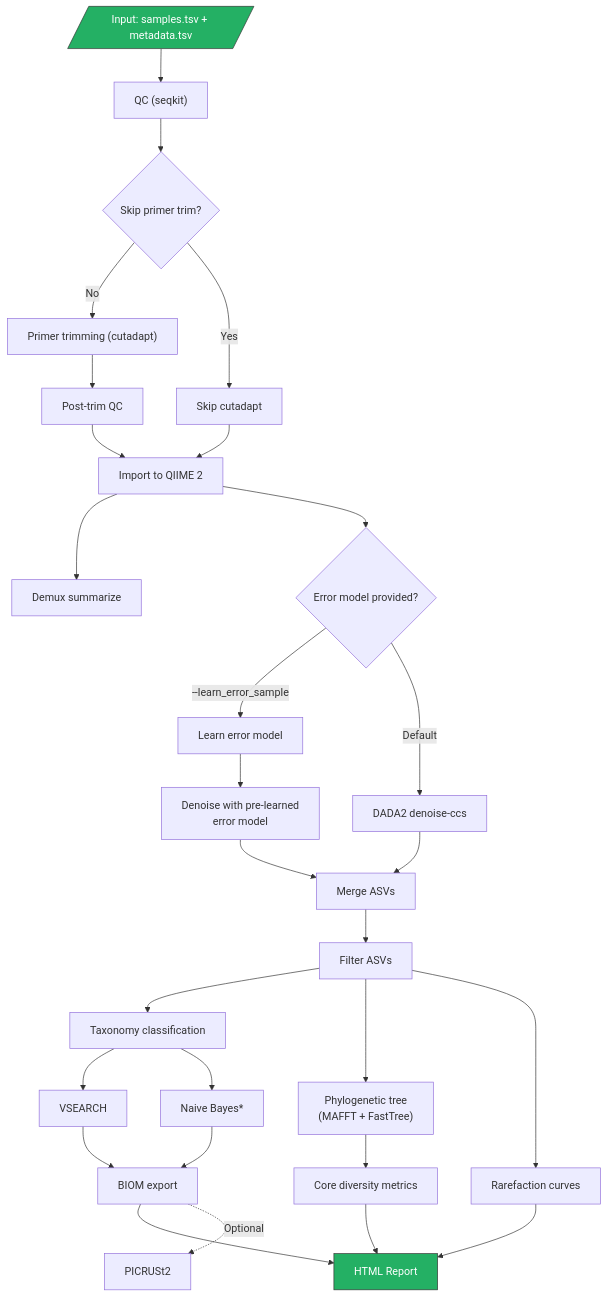
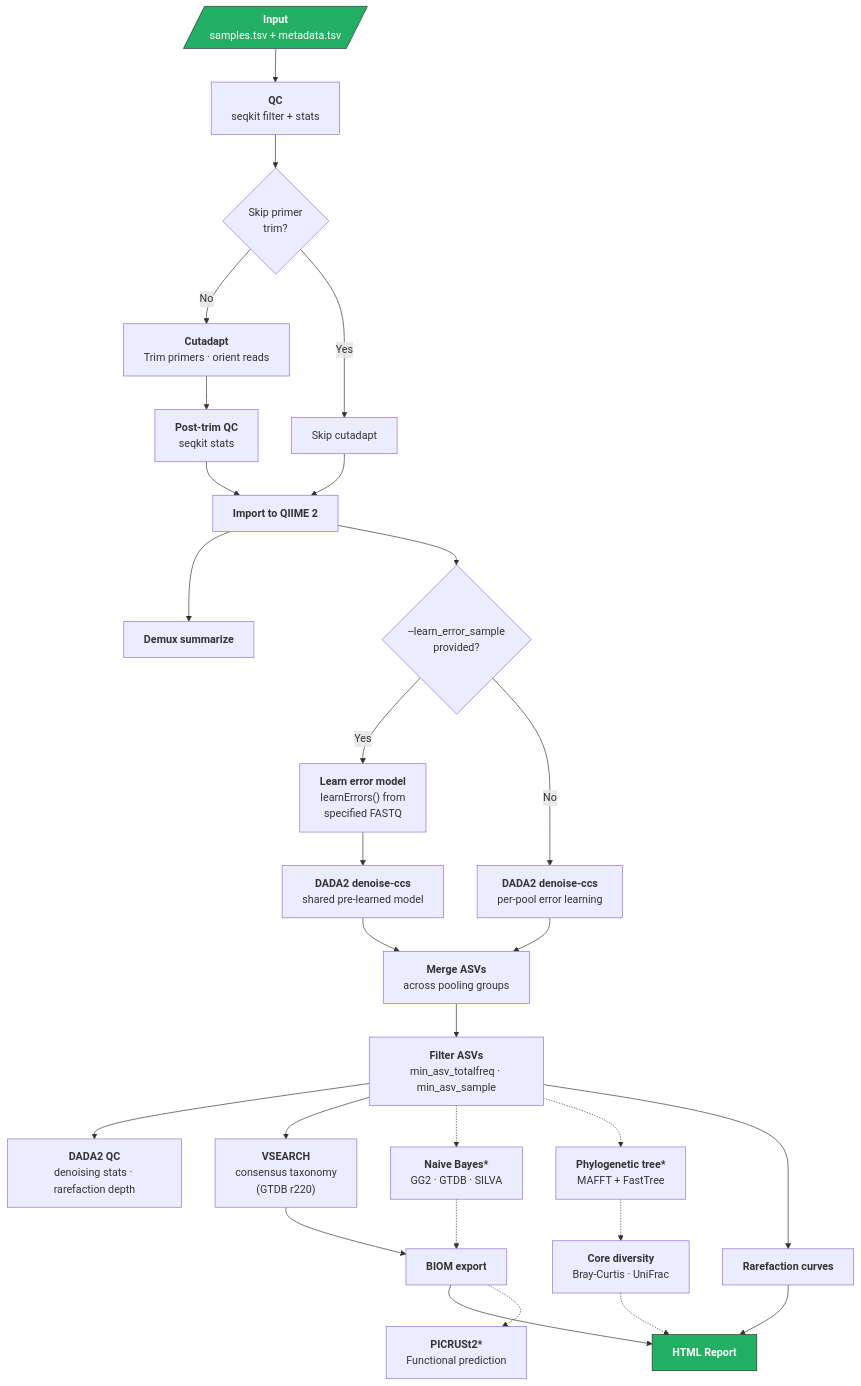
The diagram in README.md (UA-CALES-SPLS-AGI/HiFi-16S-workflow), drawn with Mermaid before and after one commit. The commit also changed other lines of this file, not shown here.

````diff
--- a/README.md
+++ b/README.md
@@ -24,42 +24,44 @@
 ```mermaid
-flowchart TD
-    A[/"Input: samples.tsv + metadata.tsv"/]:::input --> B["QC (seqkit)"]
-    B --> C{Skip primer trim?}
-    C -->|No| D["Primer trimming (cutadapt)"]
+graph TD
+    A[/"<b>Input</b><br/>samples.tsv + metadata.tsv"/]:::input --> B["<b>QC</b><br/>seqkit filter + stats"]
+
+    B --> C{"Skip primer<br/>trim?"}
+    C -->|No| D["<b>Cutadapt</b><br/>Trim primers · orient reads"]
     C -->|Yes| E["Skip cutadapt"]
-    D --> F["Post-trim QC"]
-    F --> G["Import to QIIME 2"]
+    D --> F["<b>Post-trim QC</b><br/>seqkit stats"]
+    F --> G["<b>Import to QIIME 2</b>"]
     E --> G
 
-    G --> H["Demux summarize"]
-    G --> I{Error model provided?}
+    G --> H["<b>Demux summarize</b>"]
 
-    I -->|"--learn_error_sample"| J["Learn error model"]
-    J --> K["Denoise with pre-learned\nerror model"]
-    I -->|Default| L["DADA2 denoise-ccs"]
+    G --> I{"--learn_error_sample<br/>provided?"}
+    I -->|Yes| J["<b>Learn error model</b><br/>learnErrors() from<br/>specified FASTQ"]
+    J --> K["<b>DADA2 denoise-ccs</b><br/>shared pre-learned model"]
+    I -->|No| L["<b>DADA2 denoise-ccs</b><br/>per-pool error learning"]
 
-    K --> Q["Merge ASVs"]
-    L --> Q
-    Q --> R["Filter ASVs"]
+    K --> M["<b>Merge ASVs</b><br/>across pooling groups"]
+    L --> M
 
-    R --> S["Taxonomy classification"]
-    S --> S1["VSEARCH"]
-    S --> S2["Naive Bayes*"]
+    M --> N["<b>Filter ASVs</b><br/>min_asv_totalfreq · min_asv_sample"]
+    N --> O["<b>DADA2 QC</b><br/>denoising stats · rarefaction depth"]
 
-    R --> T["Phylogenetic tree\n(MAFFT + FastTree)"]
-    T --> U["Core diversity metrics"]
+    N --> P["<b>VSEARCH</b><br/>consensus taxonomy<br/>(GTDB r220)"]
+    N -.-> Q["<b>Naive Bayes*</b><br/>GG2 · GTDB · SILVA"]
 
-    R --> V["Rarefaction curves"]
+    N -.-> R["<b>Phylogenetic tree*</b><br/>MAFFT + FastTree"]
+    R -.-> S["<b>Core diversity</b><br/>Bray-Curtis · UniFrac"]
 
-    S1 --> W["BIOM export"]
-    S2 --> W
+    N --> T["<b>Rarefaction curves</b>"]
 
-    W --> X["HTML Report"]:::output
-    U --> X
-    V --> X
+    P --> U["<b>BIOM export</b>"]
+    Q -.-> U
 
-    W -.->|Optional| Y["PICRUSt2"]
+    U --> V["<b>HTML Report</b>"]:::output
+    S -.-> V
+    T --> V
+
+    U -.-> W["<b>PICRUSt2*</b><br/>Functional prediction"]
 
     classDef input fill:#24B064,stroke:#333,color:#fff
     classDef output fill:#24B064,stroke:#333,color:#fff
 ```
````
